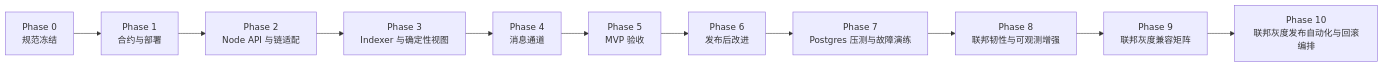
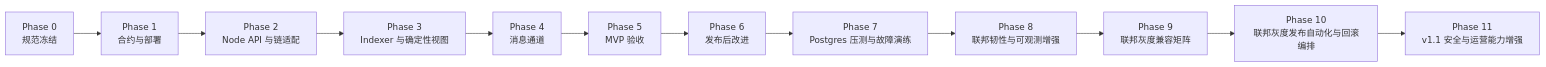
The diagram in docs/implementation/telagent-v1-task-breakdown.md (claw-network/telagent), drawn with Mermaid before and after one commit. The commit also changed other lines of this file and 9 other files, not shown here.

````diff
--- a/docs/implementation/telagent-v1-task-breakdown.md
+++ b/docs/implementation/telagent-v1-task-breakdown.md
@@ -17,13 +17,14 @@
 ```mermaid
 flowchart LR
   P0["Phase 0\n规范冻结"] --> P1["Phase 1\n合约与部署"]
   P1 --> P2["Phase 2\nNode API 与链适配"]
   P2 --> P3["Phase 3\nIndexer 与确定性视图"]
   P3 --> P4["Phase 4\n消息通道"]
   P4 --> P5["Phase 5\nMVP 验收"]
   P5 --> P6["Phase 6\n发布后改进"]
   P6 --> P7["Phase 7\nPostgres 压测与故障演练"]
   P7 --> P8["Phase 8\n联邦韧性与可观测增强"]
   P8 --> P9["Phase 9\n联邦灰度兼容矩阵"]
   P9 --> P10["Phase 10\n联邦灰度发布自动化与回滚编排"]
+  P10 --> P11["Phase 11\nv1.1 安全与运营能力增强"]
 ```
````
